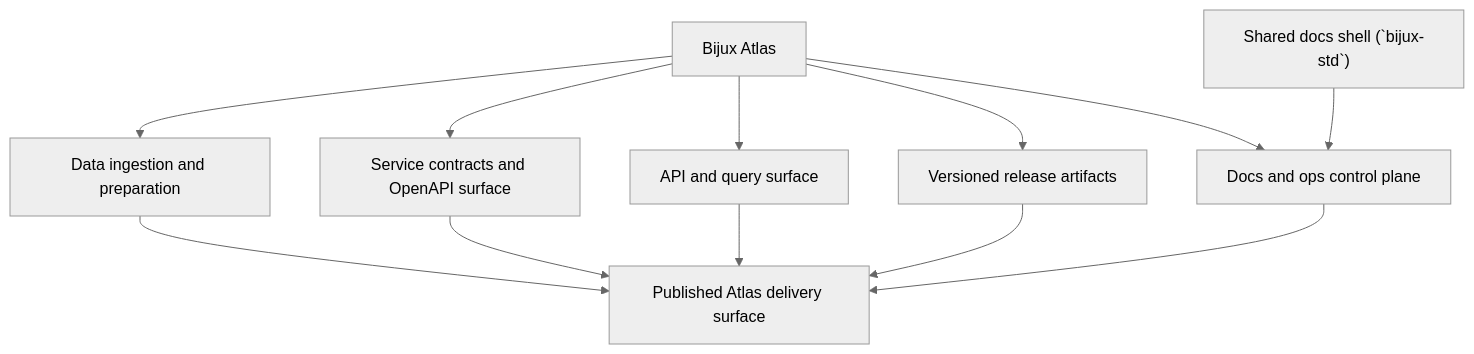
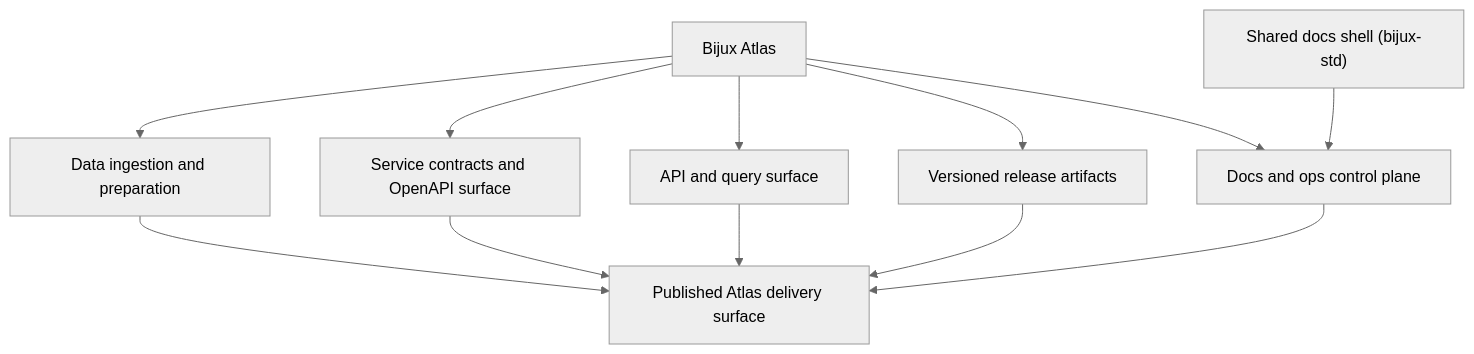
Before and after one commit to bijux/bijux.github.io: the diagram in docs/projects/bijux-atlas.md, drawn with Mermaid (neutral theme). The commit also changed 1 other file, not shown here.

Commit message:
docs(diagrams): remove codespan markup from mermaid node labels

````diff
--- a/docs/projects/bijux-atlas.md
+++ b/docs/projects/bijux-atlas.md
@@ -55,15 +55,15 @@
 ```mermaid
 graph TD
-    std["Shared docs shell (`bijux-std`)"] --> control["Docs and ops control plane"]
+    std["Shared docs shell (bijux-std)"] --> control["Docs and ops control plane"]
     atlas["Bijux Atlas"] --> ingestion["Data ingestion and preparation"]
     atlas --> contracts["Service contracts and OpenAPI surface"]
     atlas --> api["API and query surface"]
     atlas --> artifacts["Versioned release artifacts"]
     atlas --> control
 
     ingestion --> publish["Published Atlas delivery surface"]
     contracts --> publish
     api --> publish
     artifacts --> publish
     control --> publish
 ```
````
